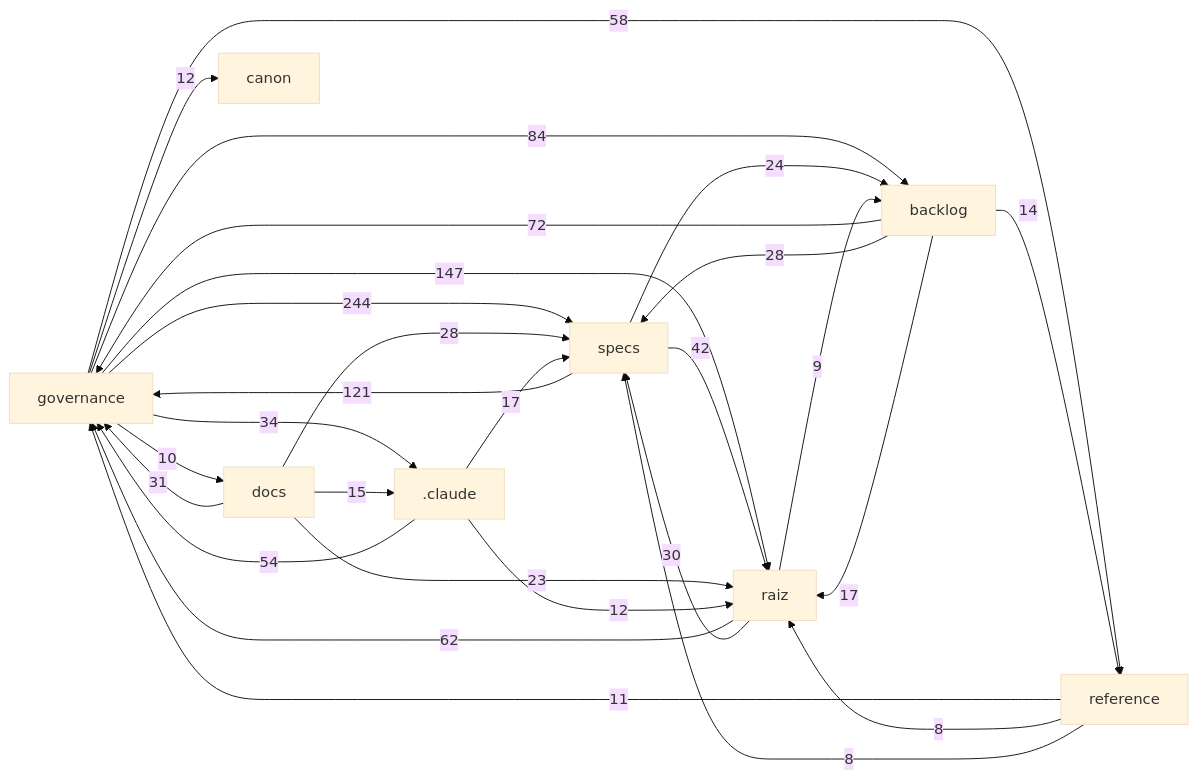
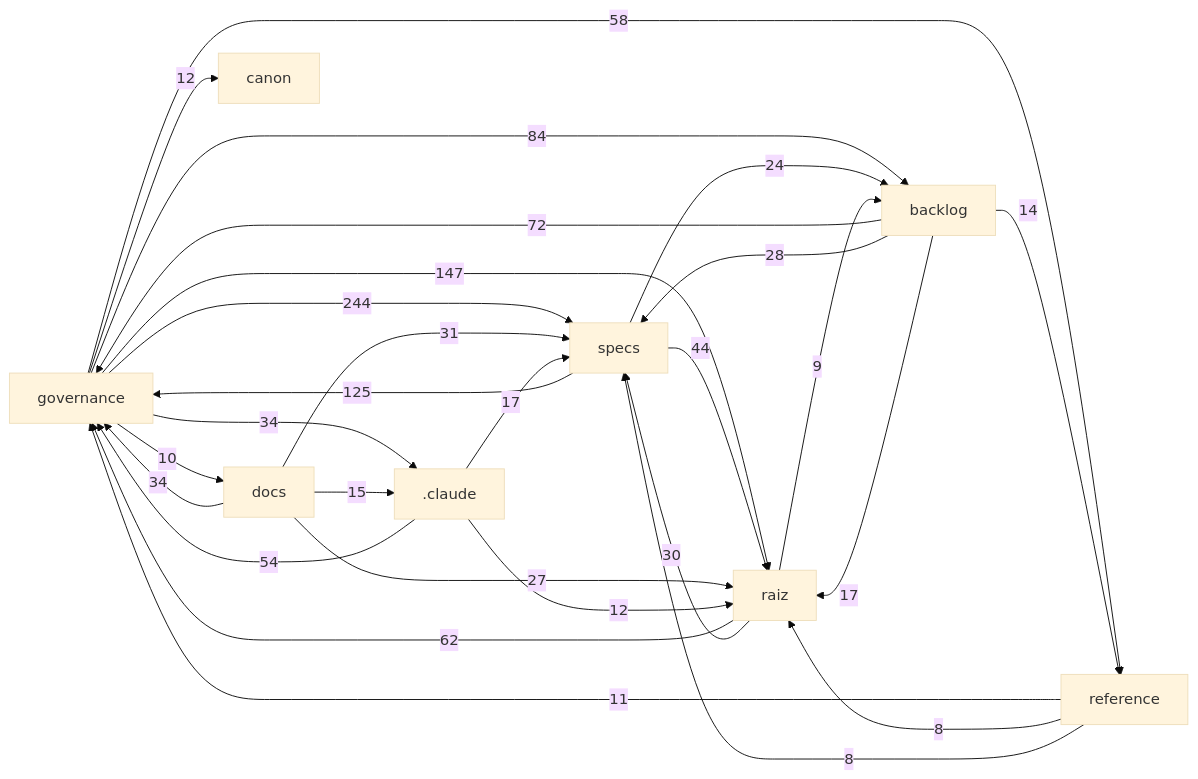
One commit to Andraus35/Sistema-Operacional-de-Trading--SOT changed the diagram in docs/mapa/MAPA-PROJETO.md. Above: the diagram before and after it, drawn with Mermaid (base theme). The commit also changed other lines of this file and 5 other files, not shown here.

````diff
--- a/docs/mapa/MAPA-PROJETO.md
+++ b/docs/mapa/MAPA-PROJETO.md
@@ -30,30 +30,30 @@
 ```mermaid
 flowchart LR
   governance["governance"] -->|244| specs["specs"]
   governance["governance"] -->|147| raiz["raiz"]
-  specs["specs"] -->|121| governance["governance"]
+  specs["specs"] -->|125| governance["governance"]
   governance["governance"] -->|84| backlog["backlog"]
   backlog["backlog"] -->|72| governance["governance"]
   raiz["raiz"] -->|62| governance["governance"]
   governance["governance"] -->|58| reference["reference"]
   _claude[".claude"] -->|54| governance["governance"]
-  specs["specs"] -->|42| raiz["raiz"]
+  specs["specs"] -->|44| raiz["raiz"]
+  docs["docs"] -->|34| governance["governance"]
   governance["governance"] -->|34| _claude[".claude"]
-  docs["docs"] -->|31| governance["governance"]
+  docs["docs"] -->|31| specs["specs"]
   raiz["raiz"] -->|30| specs["specs"]
   backlog["backlog"] -->|28| specs["specs"]
-  docs["docs"] -->|28| specs["specs"]
+  docs["docs"] -->|27| raiz["raiz"]
   specs["specs"] -->|24| backlog["backlog"]
-  docs["docs"] -->|23| raiz["raiz"]
   _claude[".claude"] -->|17| specs["specs"]
   backlog["backlog"] -->|17| raiz["raiz"]
   docs["docs"] -->|15| _claude[".claude"]
   backlog["backlog"] -->|14| reference["reference"]
   _claude[".claude"] -->|12| raiz["raiz"]
   governance["governance"] -->|12| canon["canon"]
   reference["reference"] -->|11| governance["governance"]
   governance["governance"] -->|10| docs["docs"]
   raiz["raiz"] -->|9| backlog["backlog"]
   reference["reference"] -->|8| raiz["raiz"]
   reference["reference"] -->|8| specs["specs"]
 ```
````
